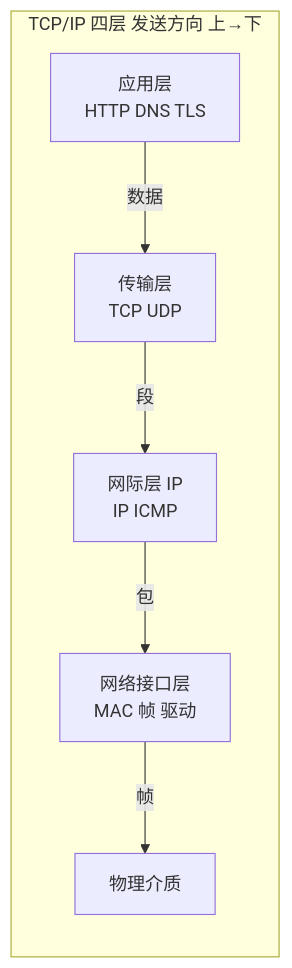
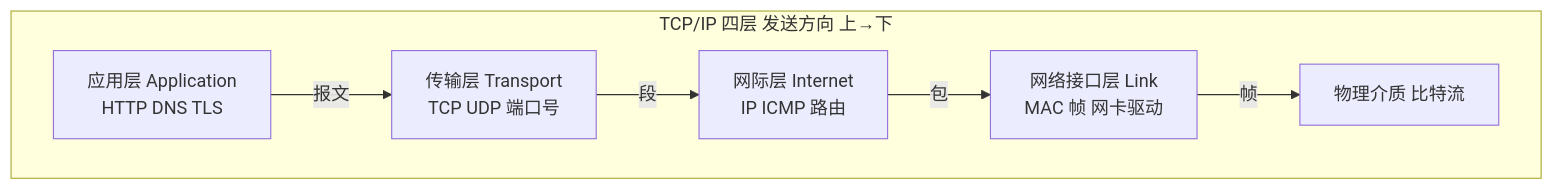
Before and after one commit to moqix26/study: the first of 3 diagrams in 前端学习/计算机网络/01-网络分层与通信基础.md, drawn with Mermaid. The commit also changed other lines of this file and 10 other files, not shown here.

````diff
--- a/前端学习/计算机网络/01-网络分层与通信基础.md
+++ b/前端学习/计算机网络/01-网络分层与通信基础.md
@@ -338,10 +127,10 @@
 ```mermaid
-flowchart LR
+flowchart TB
   subgraph tcpip [TCP/IP 四层 发送方向 上→下]
-    A["应用层<br/>HTTP DNS TLS"]
-    T["传输层<br/>TCP UDP"]
-    I["网际层 IP<br/>IP ICMP"]
-    N["网络接口层<br/>MAC 帧 驱动"]
-    A -->|数据| T -->|段| I -->|包| N -->|帧| PHY[物理介质]
+    A["应用层 Application<br/>HTTP DNS TLS"]
+    T["传输层 Transport<br/>TCP UDP 端口号"]
+    I["网际层 Internet<br/>IP ICMP 路由"]
+    N["网络接口层 Link<br/>MAC 帧 网卡驱动"]
+    A -->|报文| T -->|段| I -->|包| N -->|帧| PHY[物理介质 比特流]
   end
 ```
````
